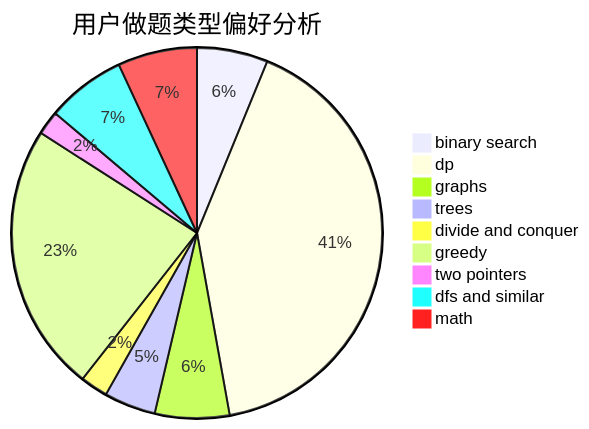
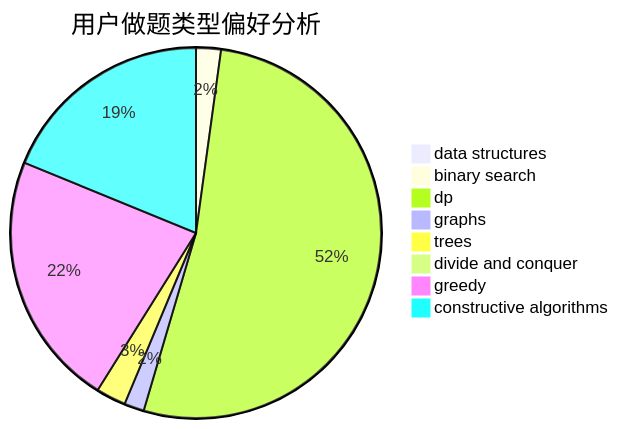
The second of 3 diagrams in docs/user/u2218.md (sherpahu/cfrs.github.io), drawn with Mermaid before and after one commit. The commit also changed other lines of this file and 2775 other files, not shown here.

````diff
--- a/docs/user/u2218.md
+++ b/docs/user/u2218.md
@@ -23,12 +23,11 @@
 ```mermaid
 pie title 用户做题类型偏好分析
-    "binary search" :  59
-    "dp" :  391
-    "graphs" :  62
-    "trees" :  43
-    "divide and conquer" :  23
-    "greedy" :  224
-    "two pointers" :  20
-    "dfs and similar" :  66
-    "math" :  66
+    "data structures" :  0
+    "binary search" :  15
+    "dp" :  362
+    "graphs" :  12
+    "trees" :  18
+    "divide and conquer" :  0
+    "greedy" :  154
+    "constructive algorithms" :  130
 ```
````
